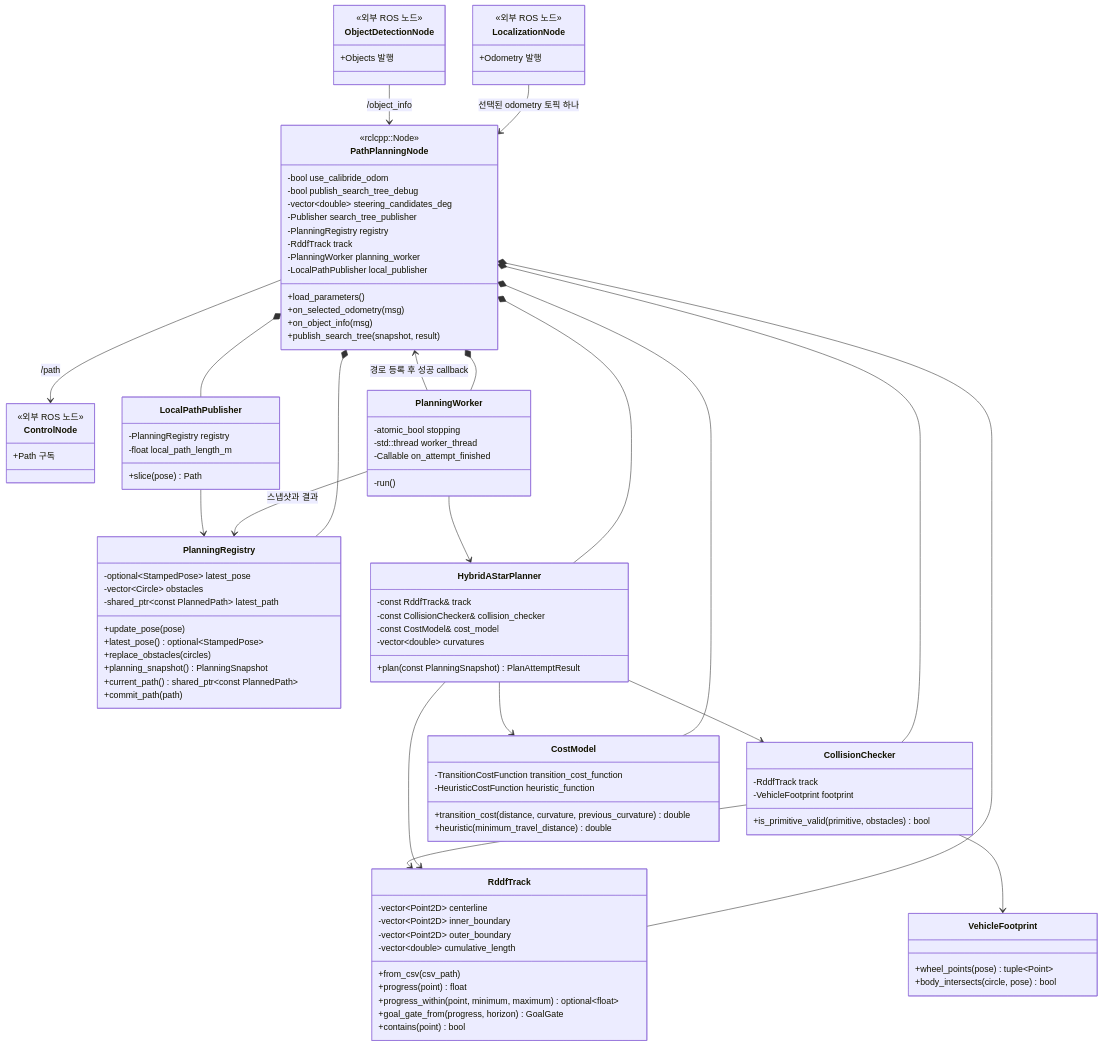
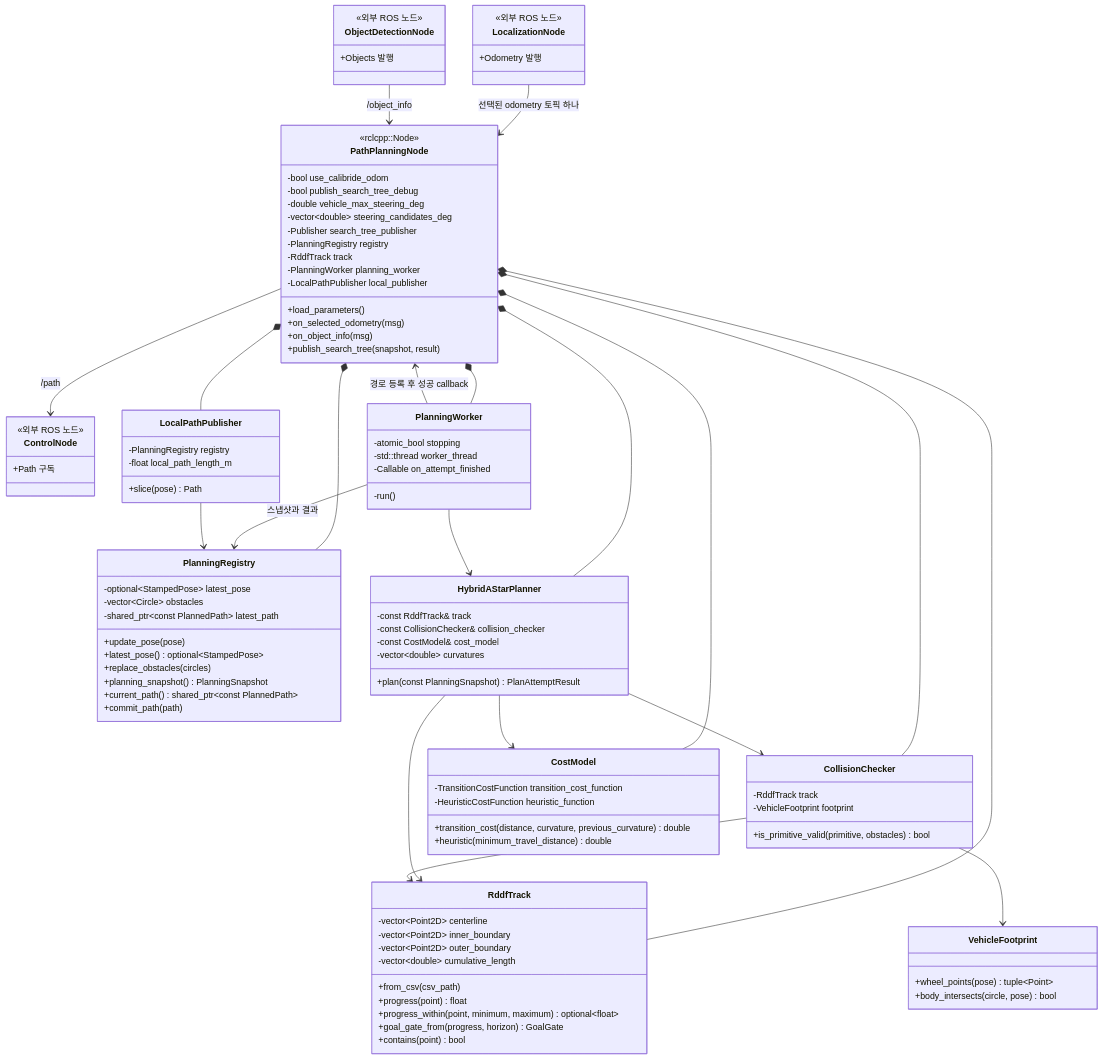
One commit to Team-Stier/AMET2026_coex_stier changed the first of 3 diagrams in src/path_planning/README.md. Above: the diagram before and after it, drawn with Mermaid. The commit also changed other lines of this file and 8 other files, not shown here.

```diff
--- a/src/path_planning/README.md
+++ b/src/path_planning/README.md
@@ -173,6 +180,7 @@
         <<rclcpp::Node>>
         -bool use_calibride_odom
         -bool publish_search_tree_debug
+        -double vehicle_max_steering_deg
         -vector~double~ steering_candidates_deg
         -Publisher search_tree_publisher
         -PlanningRegistry registry
```
